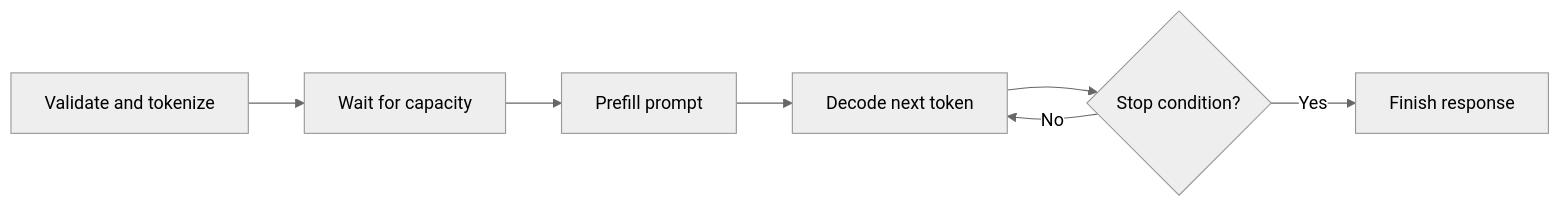
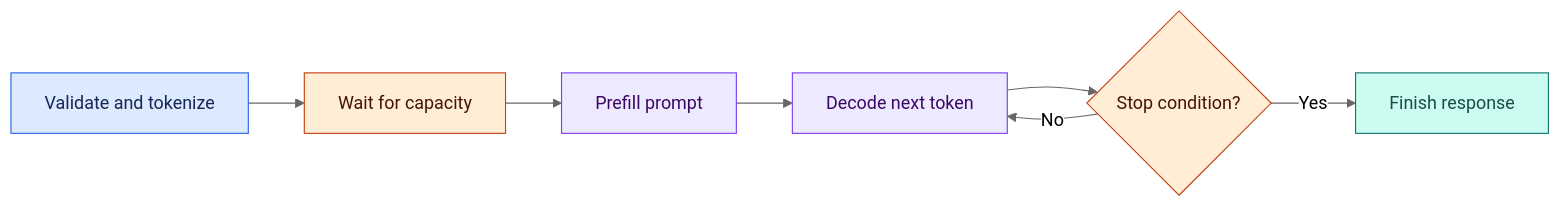
The second of 5 diagrams in chapters/05-ai-fundamentals-and-rag.md (Shaktiprasadram22/system-design-26-week-roadmap), drawn with Mermaid (neutral theme) before and after one commit. The commit also changed other lines of this file and 21 other files, not shown here.

````diff
--- a/chapters/05-ai-fundamentals-and-rag.md
+++ b/chapters/05-ai-fundamentals-and-rag.md
@@ -70,9 +84,18 @@
 ```mermaid
 flowchart LR
     A[Validate and tokenize] --> B[Wait for capacity]
     B --> C[Prefill prompt]
     C --> D[Decode next token]
     D --> E{Stop condition?}
     E -->|No| D
     E -->|Yes| F[Finish response]
+
+    classDef input fill:#dbeafe,stroke:#2563eb,color:#172554;
+    classDef service fill:#ede9fe,stroke:#7c3aed,color:#3b0764;
+    classDef data fill:#ccfbf1,stroke:#0f766e,color:#134e4a;
+    classDef edge fill:#ffedd5,stroke:#c2410c,color:#431407;
+    class A input;
+    class C,D service;
+    class B,E edge;
+    class F data;
 ```
````
